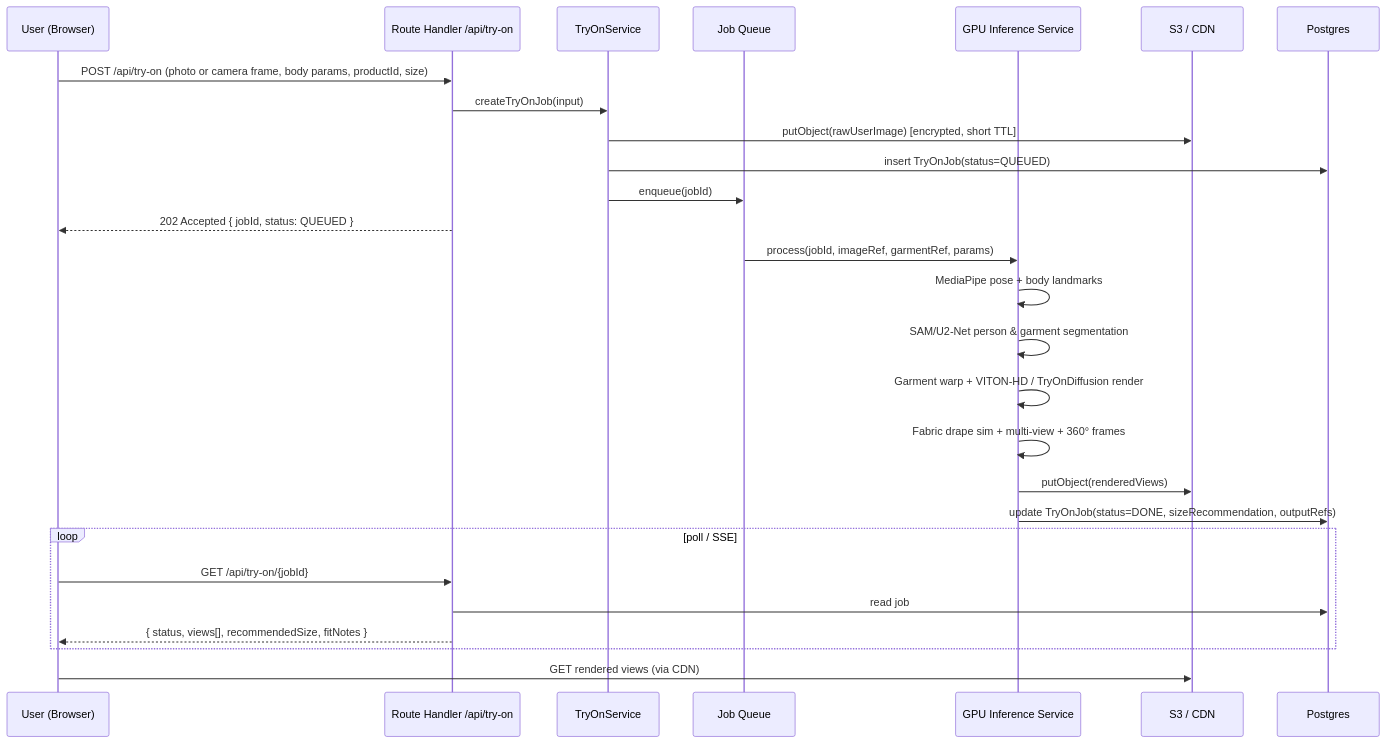
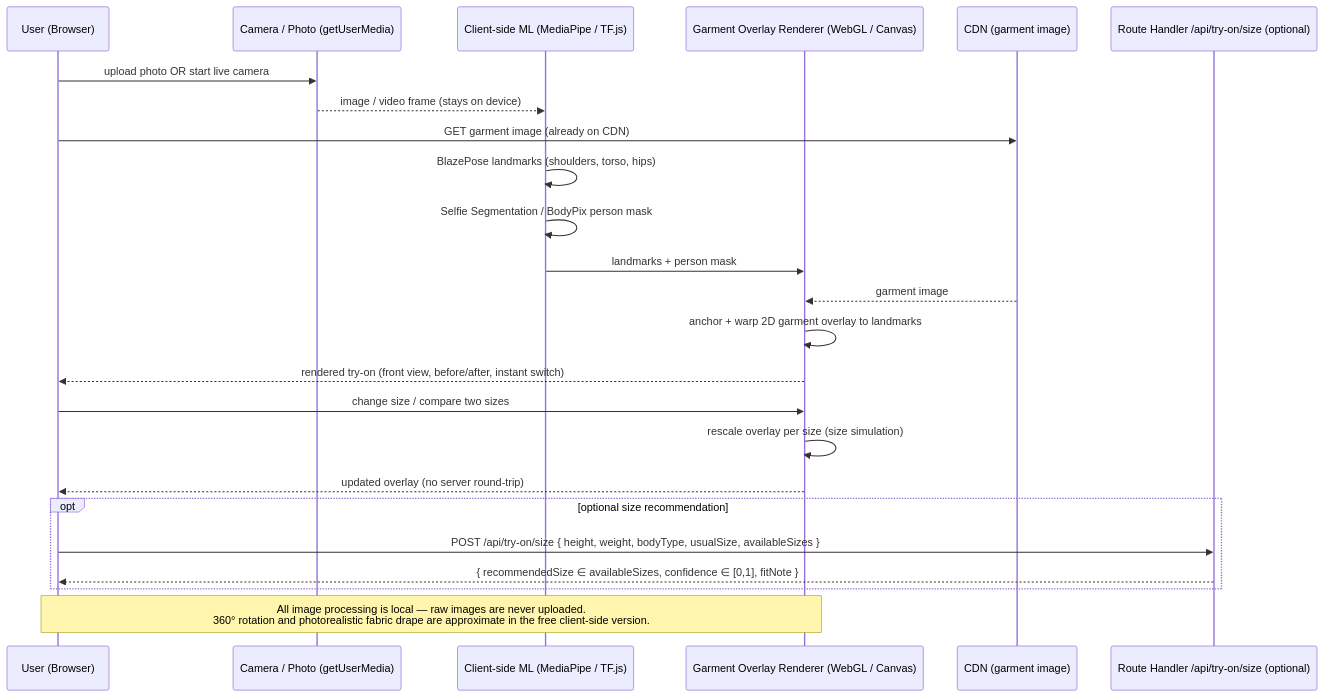
One commit to Sory777/aurelle-boutique changed the second of 8 diagrams in .kiro/specs/luxury-womens-boutique/design.md. Above: the diagram before and after it, drawn with Mermaid. The commit also changed other lines of this file and 15 other files, not shown here.

Commit message:
Add free client-side virtual fitting room (size recommender + try-on studio)

````diff
--- a/.kiro/specs/luxury-womens-boutique/design.md
+++ b/.kiro/specs/luxury-womens-boutique/design.md
@@ -124,32 +123,30 @@
 ```mermaid
 sequenceDiagram
     participant U as User (Browser)
-    participant API as Route Handler /api/try-on
-    participant SVC as TryOnService
-    participant Q as Job Queue
-    participant GPU as GPU Inference Service
-    participant S3 as S3 / CDN
-    participant DB as Postgres
+    participant CAM as Camera / Photo (getUserMedia)
+    participant ML as Client-side ML (MediaPipe / TF.js)
+    participant OV as Garment Overlay Renderer (WebGL / Canvas)
+    participant CDN as CDN (garment image)
+    participant API as Route Handler /api/try-on/size (optional)
 
-    U->>API: POST /api/try-on (photo or camera frame, body params, productId, size)
-    API->>SVC: createTryOnJob(input)
-    SVC->>S3: putObject(rawUserImage) [encrypted, short TTL]
-    SVC->>DB: insert TryOnJob(status=QUEUED)
-    SVC->>Q: enqueue(jobId)
-    API-->>U: 202 Accepted { jobId, status: QUEUED }
+    U->>CAM: upload photo OR start live camera
+    CAM-->>ML: image / video frame (stays on device)
+    U->>CDN: GET garment image (already on CDN)
+    ML->>ML: BlazePose landmarks (shoulders, torso, hips)
+    ML->>ML: Selfie Segmentation / BodyPix person mask
+    ML->>OV: landmarks + person mask
+    CDN-->>OV: garment image
+    OV->>OV: anchor + warp 2D garment overlay to landmarks
+    OV-->>U: rendered try-on (front view, before/after, instant switch)
 
-    Q->>GPU: process(jobId, imageRef, garmentRef, params)
-    GPU->>GPU: MediaPipe pose + body landmarks
-    GPU->>GPU: SAM/U2-Net person & garment segmentation
-    GPU->>GPU: Garment warp + VITON-HD / TryOnDiffusion render
-    GPU->>GPU: Fabric drape sim + multi-view + 360° frames
-    GPU->>S3: putObject(renderedViews)
-    GPU->>DB: update TryOnJob(status=DONE, sizeRecommendation, outputRefs)
+    U->>OV: change size / compare two sizes
+    OV->>OV: rescale overlay per size (size simulation)
+    OV-->>U: updated overlay (no server round-trip)
 
-    loop poll / SSE
-        U->>API: GET /api/try-on/{jobId}
-        API->>DB: read job
-        API-->>U: { status, views[], recommendedSize, fitNotes }
+    opt optional size recommendation
+        U->>API: POST /api/try-on/size { height, weight, bodyType, usualSize, availableSizes }
+        API-->>U: { recommendedSize ∈ availableSizes, confidence ∈ [0,1], fitNote }
     end
-    U->>S3: GET rendered views (via CDN)
+
+    note over U,OV: All image processing is local — raw images are never uploaded.<br/>360° rotation and photorealistic fabric drape are approximate in the free client-side version.
 ```
````
